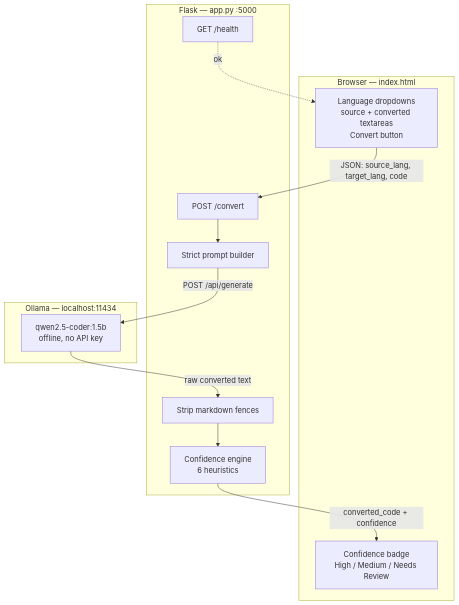
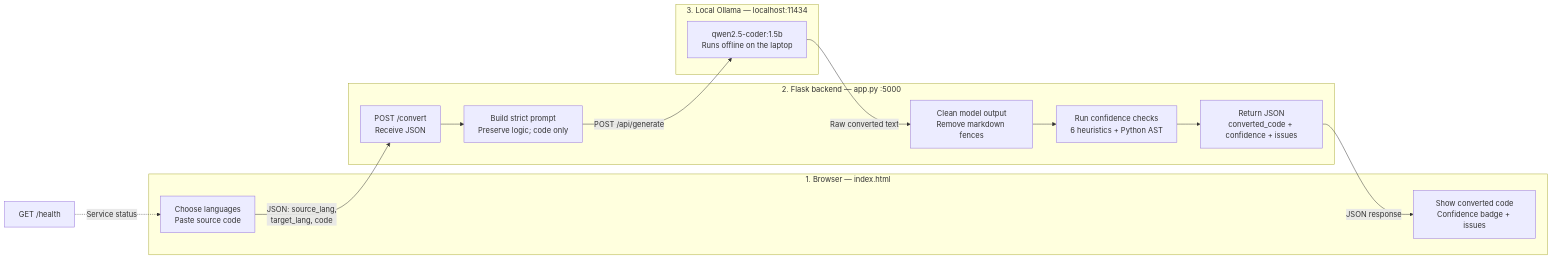
Before and after one commit to mithun-srinivasan/codemigrate-mvp: the first of 2 diagrams in README.md, drawn with Mermaid.

Commit message:
docs: clarify architecture diagram

````diff
--- a/README.md
+++ b/README.md
@@ -99,27 +99,28 @@
 ```mermaid
-flowchart TB
-  subgraph Browser["Browser — index.html"]
-    UI["Language dropdowns<br/>source + converted textareas<br/>Convert button"]
-    Badge["Confidence badge<br/>High / Medium / Needs Review"]
+flowchart LR
+  subgraph Browser["1. Browser — index.html"]
+    Input["Choose languages<br/>Paste source code"]
+    Results["Show converted code<br/>Confidence badge + issues"]
   end
 
-  subgraph Flask["Flask — app.py :5000"]
-    Convert["POST /convert"]
-    Prompt["Strict prompt builder"]
-    Strip["Strip markdown fences"]
-    Conf["Confidence engine<br/>6 heuristics"]
-    Health["GET /health"]
+  subgraph Backend["2. Flask backend — app.py :5000"]
+    Convert["POST /convert<br/>Receive JSON"]
+    Prompt["Build strict prompt<br/>Preserve logic; code only"]
+    Clean["Clean model output<br/>Remove markdown fences"]
+    Check["Run confidence checks<br/>6 heuristics + Python AST"]
+    Response["Return JSON<br/>converted_code + confidence + issues"]
   end
 
-  subgraph LocalAI["Ollama — localhost:11434"]
-    Model["qwen2.5-coder:1.5b<br/>offline, no API key"]
+  subgraph Ollama["3. Local Ollama — localhost:11434"]
+    Model["qwen2.5-coder:1.5b<br/>Runs offline on the laptop"]
   end
 
-  UI -->|"JSON: source_lang, target_lang, code"| Convert
+  Input -->|"JSON: source_lang,<br/>target_lang, code"| Convert
   Convert --> Prompt
   Prompt -->|"POST /api/generate"| Model
-  Model -->|"raw converted text"| Strip
-  Strip --> Conf
-  Conf -->|"converted_code + confidence"| Badge
-  Health -.->|"ok"| UI
+  Model -->|"Raw converted text"| Clean
+  Clean --> Check --> Response
+  Response -->|"JSON response"| Results
+
+  Health["GET /health"] -.->|"Service status"| Input
 ```
````
